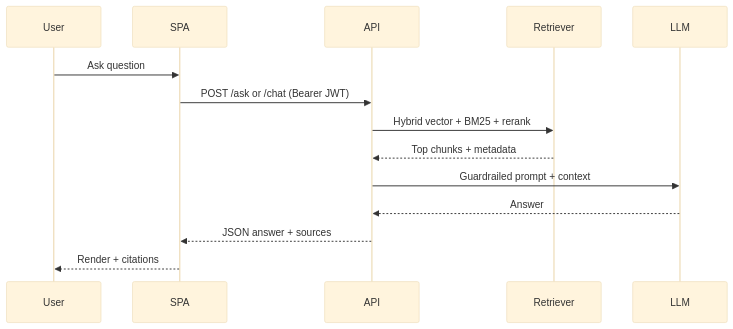
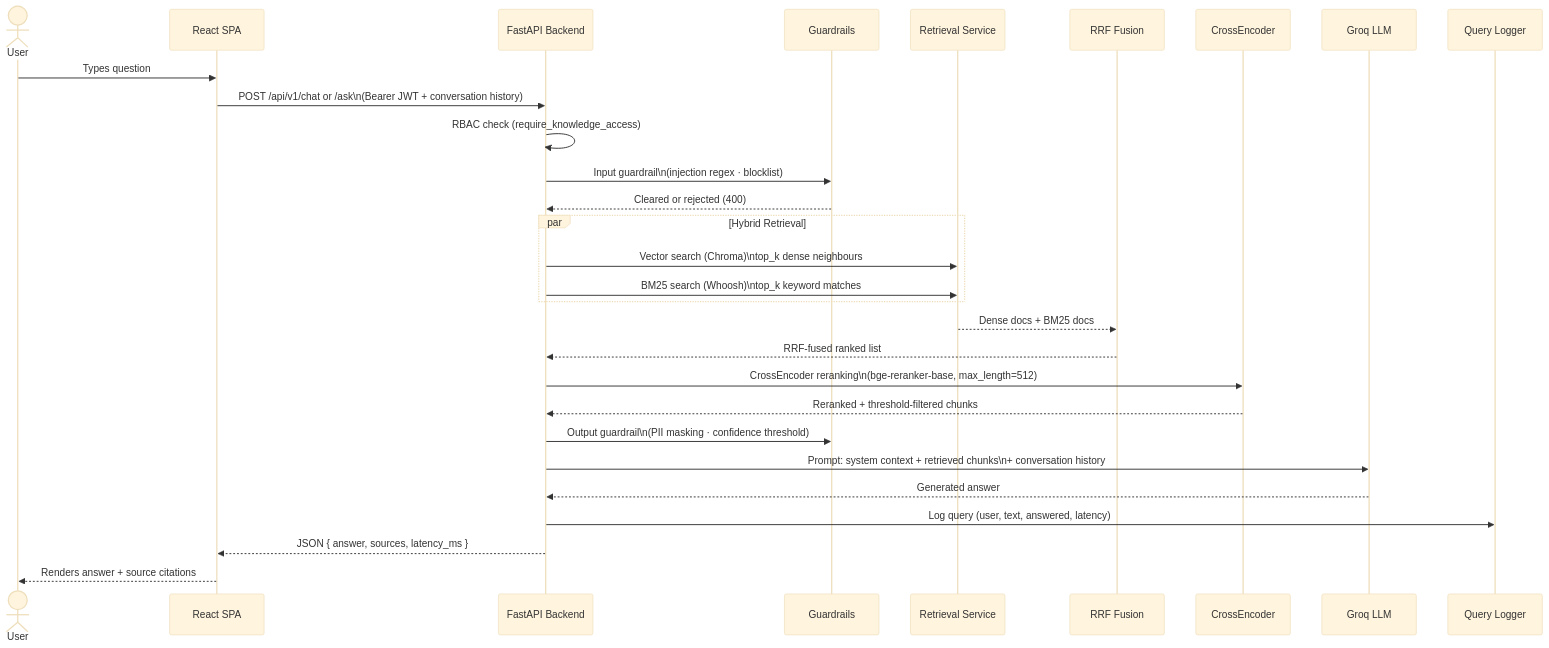
The second of 8 diagrams in docs/system-design.md (MuhammadTahaMustafa-06/stratum), drawn with Mermaid (base theme) before and after one commit. The commit also changed other lines of this file and 9 other files, not shown here.

````diff
--- a/docs/system-design.md
+++ b/docs/system-design.md
@@ -42,17 +76,37 @@
 ```mermaid
 sequenceDiagram
-  participant U as User
-  participant F as SPA
-  participant A as API
-  participant R as Retriever
-  participant L as LLM
+  actor U as User
+  participant SPA as React SPA
+  participant API as FastAPI Backend
+  participant GRD as Guardrails
+  participant RET as Retrieval Service
+  participant RRF as RRF Fusion
+  participant CRS as CrossEncoder
+  participant LLM as Groq LLM
+  participant LOG as Query Logger
 
-  U->>F: Ask question
-  F->>A: POST /ask or /chat (Bearer JWT)
-  A->>R: Hybrid vector + BM25 + rerank
-  R-->>A: Top chunks + metadata
-  A->>L: Guardrailed prompt + context
-  L-->>A: Answer
-  A-->>F: JSON answer + sources
-  F-->>U: Render + citations
+  U->>SPA: Types question
+  SPA->>API: POST /api/v1/chat or /ask\n(Bearer JWT + conversation history)
+  API->>API: RBAC check (require_knowledge_access)
+  API->>GRD: Input guardrail\n(injection regex · blocklist)
+  GRD-->>API: Cleared or rejected (400)
+
+  par Hybrid Retrieval
+    API->>RET: Vector search (Chroma)\ntop_k dense neighbours
+    API->>RET: BM25 search (Whoosh)\ntop_k keyword matches
+  end
+
+  RET-->>RRF: Dense docs + BM25 docs
+  RRF-->>API: RRF-fused ranked list
+
+  API->>CRS: CrossEncoder reranking\n(bge-reranker-base, max_length=512)
+  CRS-->>API: Reranked + threshold-filtered chunks
+
+  API->>GRD: Output guardrail\n(PII masking · confidence threshold)
+  API->>LLM: Prompt: system context + retrieved chunks\n+ conversation history
+  LLM-->>API: Generated answer
+
+  API->>LOG: Log query (user, text, answered, latency)
+  API-->>SPA: JSON { answer, sources, latency_ms }
+  SPA-->>U: Renders answer + source citations
 ```
````
